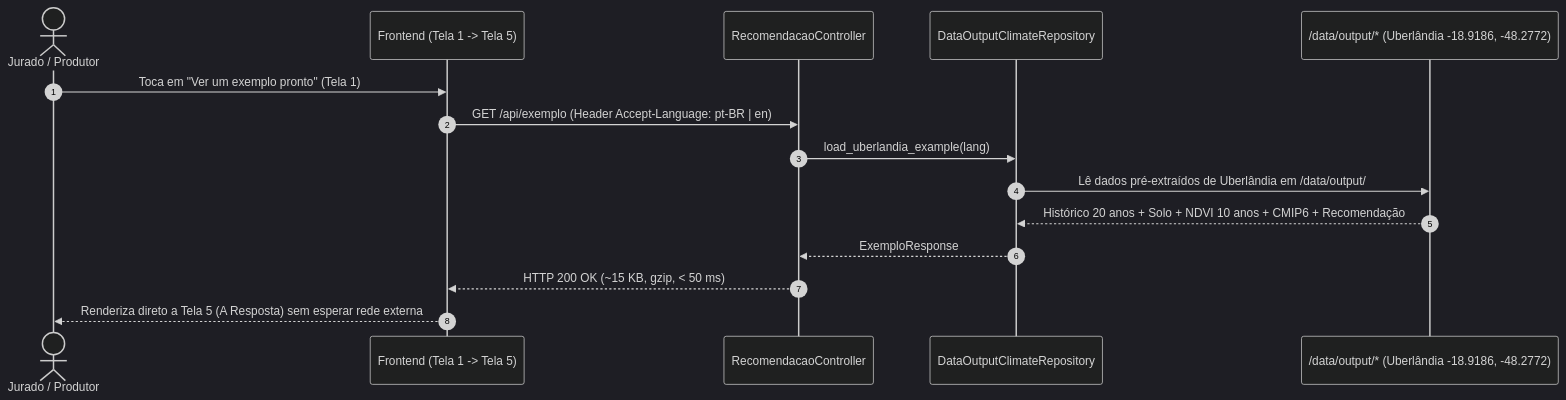
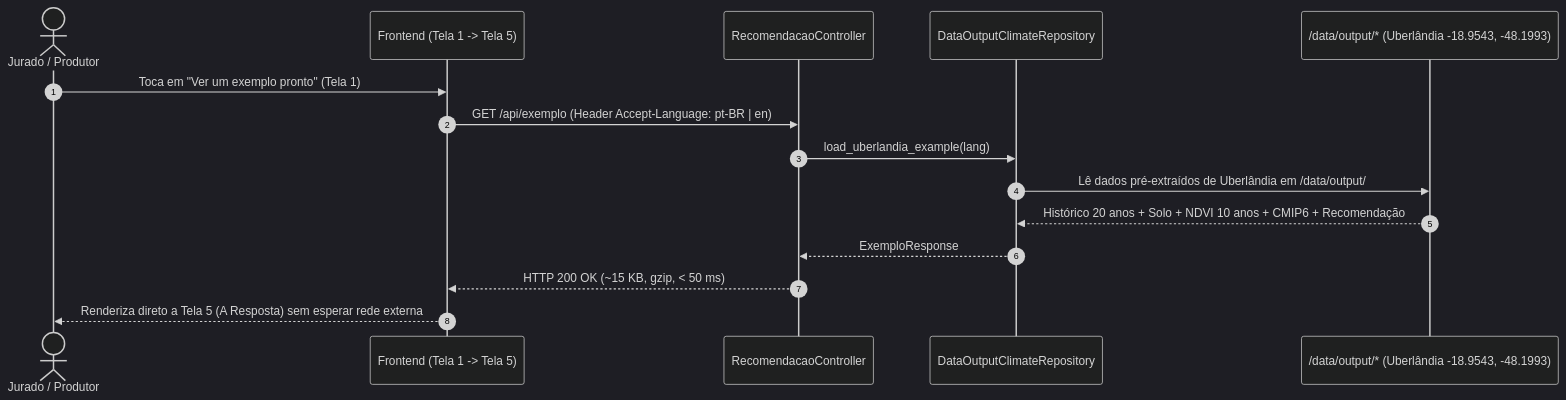
One commit to Ricardo07g/nasa-challenge changed the second of 6 diagrams in projeto/backend/docs/diagrama-de-sequencias.md. Above: the diagram before and after it, drawn with Mermaid (dark theme). The commit also changed other lines of this file and 5 other files, not shown here.

````diff
--- a/projeto/backend/docs/diagrama-de-sequencias.md
+++ b/projeto/backend/docs/diagrama-de-sequencias.md
@@ -73,18 +73,18 @@
 ```mermaid
 sequenceDiagram
     autonumber
     actor User as Jurado / Produtor
     participant UI as Frontend (Tela 1 -> Tela 5)
     participant Ctrl as RecomendacaoController
     participant Repo as DataOutputClimateRepository
-    participant Files as /data/output/* (Uberlândia -18.9186, -48.2772)
+    participant Files as /data/output/* (Uberlândia -18.9543, -48.1993)
 
     User->>UI: Toca em "Ver um exemplo pronto" (Tela 1)
     UI->>Ctrl: GET /api/exemplo (Header Accept-Language: pt-BR | en)
     Ctrl->>Repo: load_uberlandia_example(lang)
     Repo->>Files: Lê dados pré-extraídos de Uberlândia em /data/output/
     Files-->>Repo: Histórico 20 anos + Solo + NDVI 10 anos + CMIP6 + Recomendação
     Repo-->>Ctrl: ExemploResponse
     Ctrl-->>UI: HTTP 200 OK (~15 KB, gzip, < 50 ms)
     UI-->>User: Renderiza direto a Tela 5 (A Resposta) sem esperar rede externa
 ```
````
